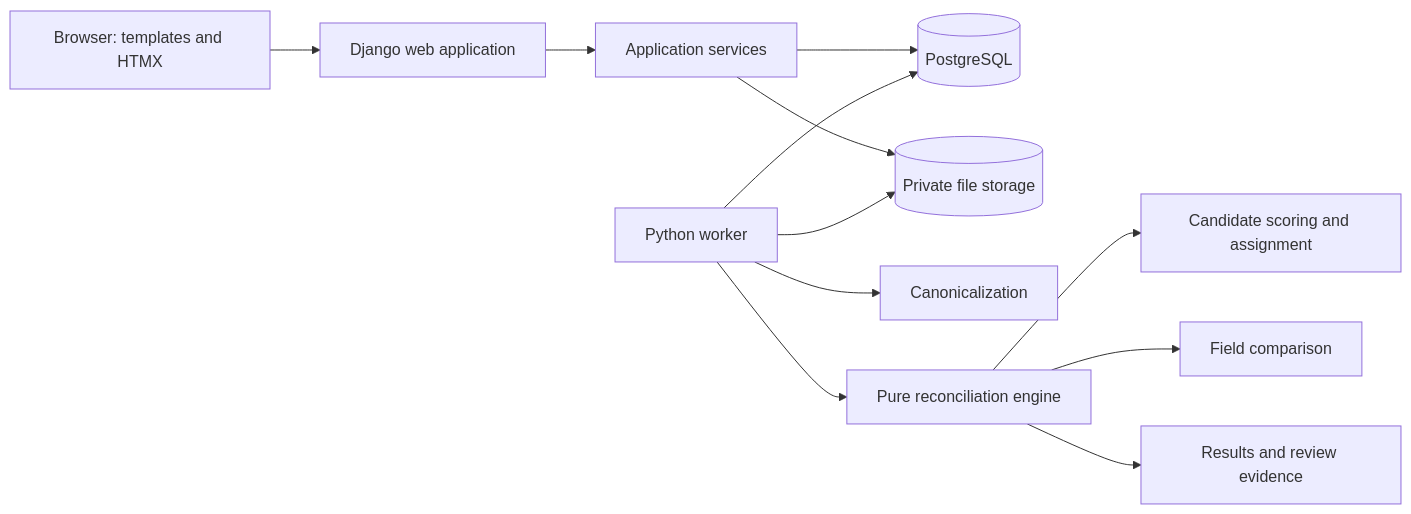
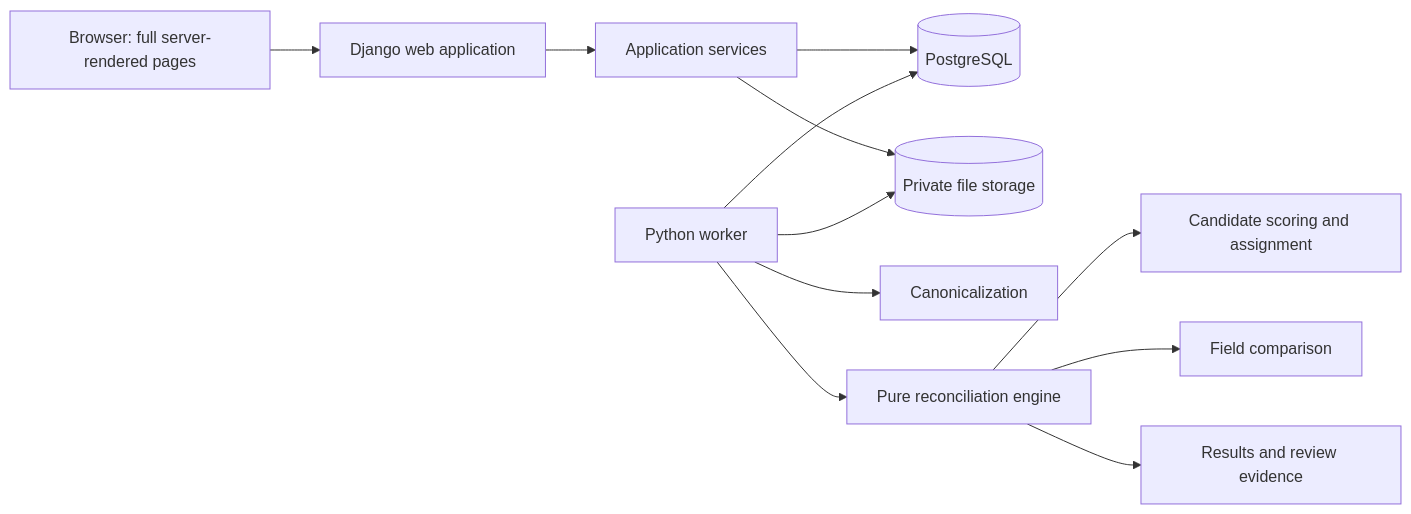
Before and after one commit to prudviee/reconciliation-workbench: the first of 5 diagrams in DESIGN.md, drawn with Mermaid. The commit also changed other lines of this file and 16 other files, not shown here.

```diff
--- a/DESIGN.md
+++ b/DESIGN.md
@@ -84,14 +84,14 @@
 ~~~mermaid
 flowchart LR
-    B["Browser: templates and HTMX"] --> W["Django web application"]
+    B["Browser: full server-rendered pages"] --> W["Django web application"]
     W --> A["Application services"]
     A --> P[("PostgreSQL")]
     A --> F[("Private file storage")]
     J["Python worker"] --> P
     J --> F
     J --> N["Canonicalization"]
     J --> E["Pure reconciliation engine"]
     E --> C["Candidate scoring and assignment"]
     E --> D["Field comparison"]
     E --> R["Results and review evidence"]
 ~~~
```
